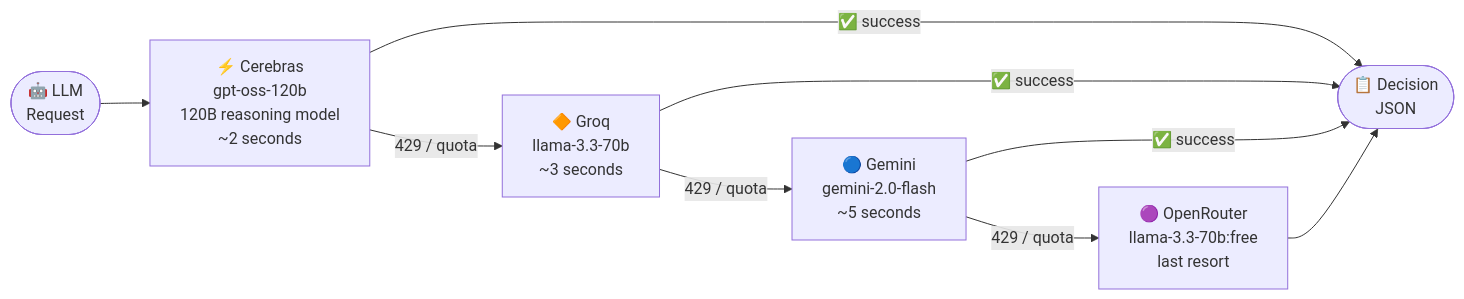
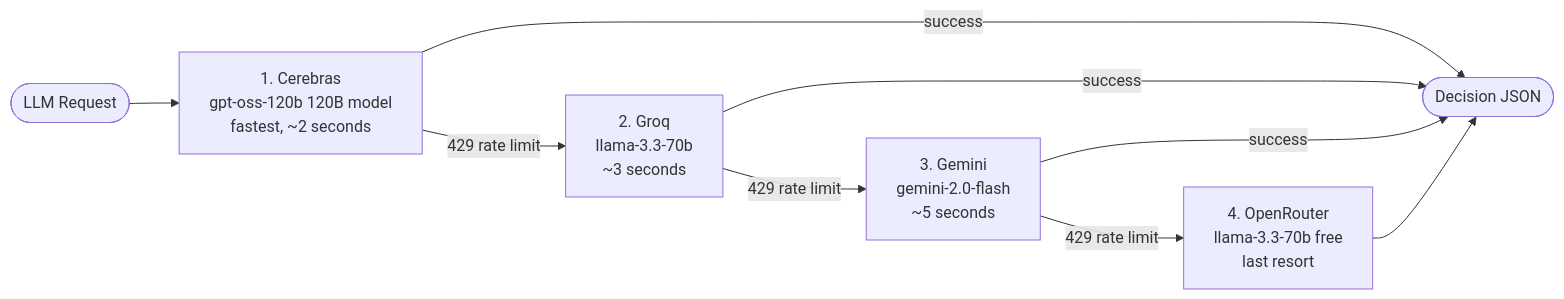
One commit to vanrajbohra-ds/trading-bot changed the second of 6 diagrams in README.md. Above: the diagram before and after it, drawn with Mermaid. The commit also changed other lines of this file, not shown here.

First line of the commit message:
Fix Mermaid diagram syntax for GitHub renderer

````diff
--- a/README.md
+++ b/README.md
@@ -60,13 +43,13 @@
 ```mermaid
 flowchart LR
-    REQ(["🤖 LLM\nRequest"])
+    REQ(["LLM Request"])
 
-    REQ --> C["⚡ Cerebras\ngpt-oss-120b\n120B reasoning model\n~2 seconds"]
-    C -->|✅ success| OUT(["📋 Decision\nJSON"])
-    C -->|"429 / quota"| G["🔶 Groq\nllama-3.3-70b\n~3 seconds"]
-    G -->|✅ success| OUT
-    G -->|"429 / quota"| GE["🔵 Gemini\ngemini-2.0-flash\n~5 seconds"]
-    GE -->|✅ success| OUT
-    GE -->|"429 / quota"| OR["🟣 OpenRouter\nllama-3.3-70b:free\nlast resort"]
+    REQ --> C["1. Cerebras\ngpt-oss-120b 120B model\nfastest, ~2 seconds"]
+    C -->|"success"| OUT(["Decision JSON"])
+    C -->|"429 rate limit"| G["2. Groq\nllama-3.3-70b\n~3 seconds"]
+    G -->|"success"| OUT
+    G -->|"429 rate limit"| GE["3. Gemini\ngemini-2.0-flash\n~5 seconds"]
+    GE -->|"success"| OUT
+    GE -->|"429 rate limit"| OR["4. OpenRouter\nllama-3.3-70b free\nlast resort"]
     OR --> OUT
 ```
````
